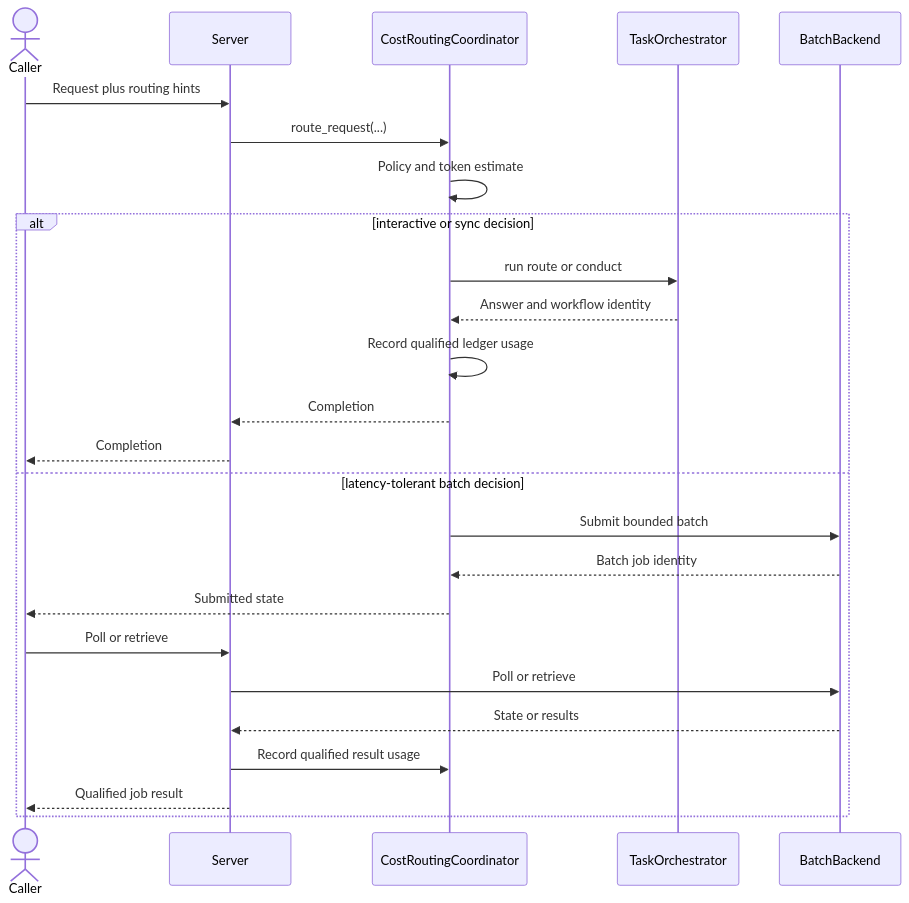
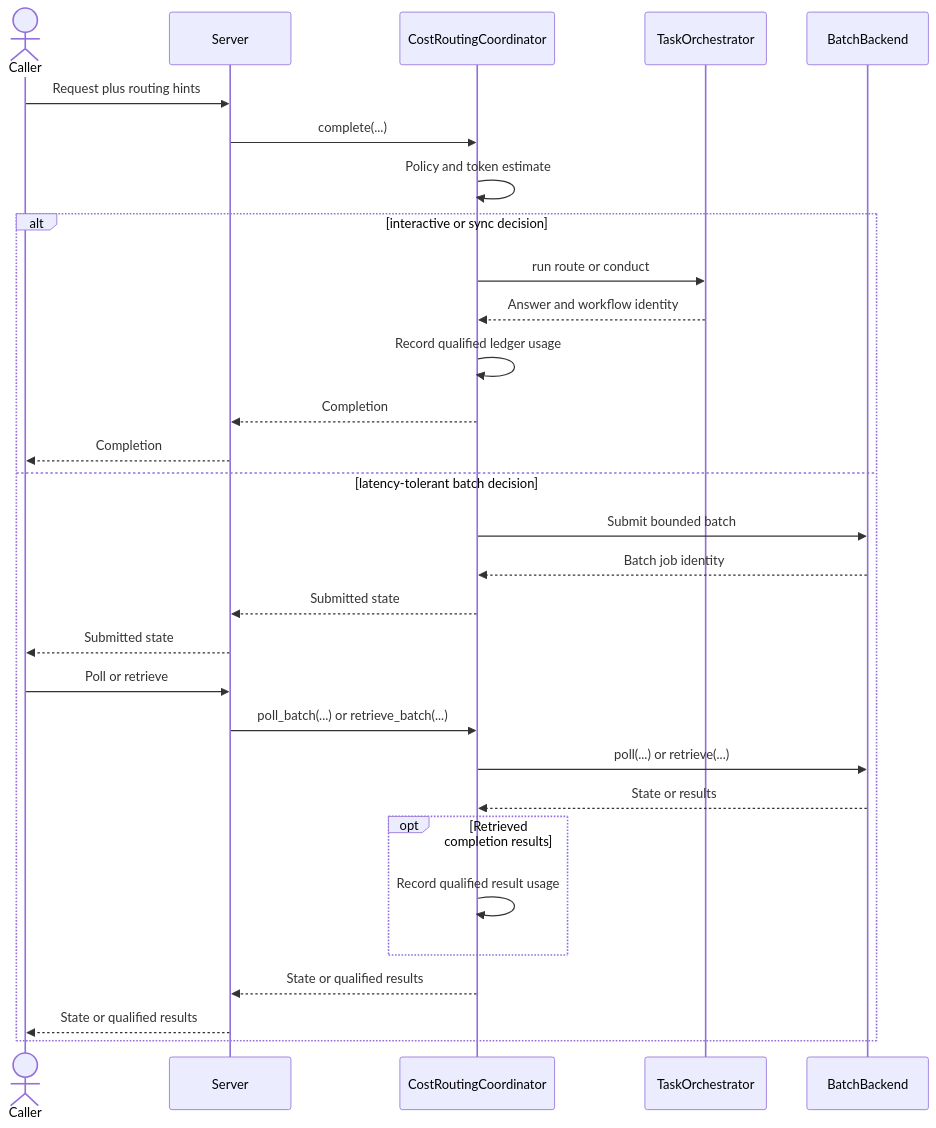
Before and after one commit to ContextualWisdomLab/contextual-orchestrator: the sixth of 10 diagrams in docs/UML.md, drawn with Mermaid. The commit also changed other lines of this file and 8 other files, not shown here.

````diff
--- a/docs/UML.md
+++ b/docs/UML.md
@@ -153,28 +156,33 @@
 ```mermaid
 sequenceDiagram
     actor Caller
     participant Server
     participant Router as CostRoutingCoordinator
     participant Orchestrator as TaskOrchestrator
     participant Backend as BatchBackend
 
     Caller->>Server: Request plus routing hints
-    Server->>Router: route_request(...)
+    Server->>Router: complete(...)
     Router->>Router: Policy and token estimate
     alt interactive or sync decision
         Router->>Orchestrator: run route or conduct
         Orchestrator-->>Router: Answer and workflow identity
         Router->>Router: Record qualified ledger usage
         Router-->>Server: Completion
         Server-->>Caller: Completion
     else latency-tolerant batch decision
         Router->>Backend: Submit bounded batch
         Backend-->>Router: Batch job identity
-        Router-->>Caller: Submitted state
+        Router-->>Server: Submitted state
+        Server-->>Caller: Submitted state
         Caller->>Server: Poll or retrieve
-        Server->>Backend: Poll or retrieve
-        Backend-->>Server: State or results
-        Server->>Router: Record qualified result usage
-        Server-->>Caller: Qualified job result
+        Server->>Router: poll_batch(...) or retrieve_batch(...)
+        Router->>Backend: poll(...) or retrieve(...)
+        Backend-->>Router: State or results
+        opt Retrieved completion results
+            Router->>Router: Record qualified result usage
+        end
+        Router-->>Server: State or qualified results
+        Server-->>Caller: State or qualified results
     end
 ```
````
